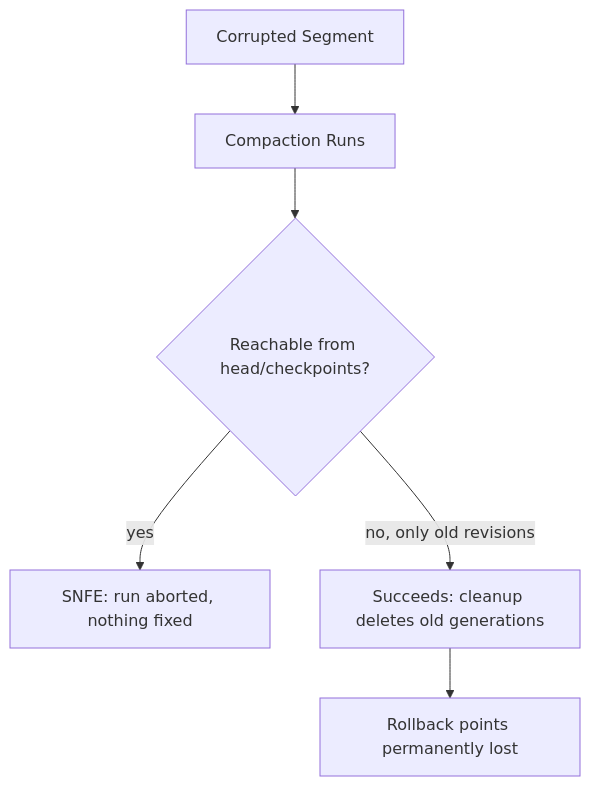
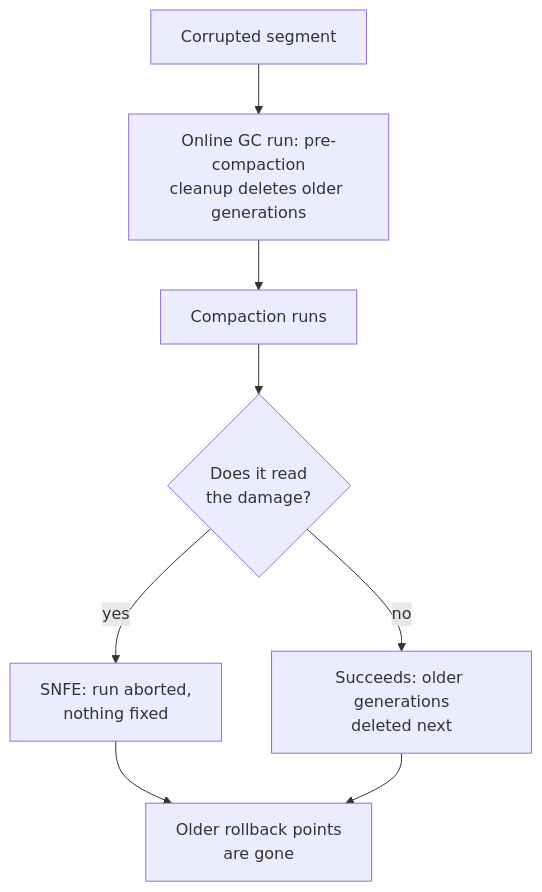
The diagram in docs/recovery/compaction.md (somarc/oak-magnum-oakus), drawn with Mermaid before and after one commit. The commit also changed other lines of this file and 7 other files, not shown here.

````diff
--- a/docs/recovery/compaction.md
+++ b/docs/recovery/compaction.md
@@ -162,8 +162,10 @@
 ```mermaid
 flowchart TD
-    A[Corrupted Segment] --> B[Compaction Runs]
-    B --> C{Reachable from head/checkpoints?}
-    C -->|yes| D[SNFE: run aborted, nothing fixed]
-    C -->|no, only old revisions| E[Succeeds: cleanup deletes old generations]
-    E --> F[Rollback points permanently lost]
+    A[Corrupted segment] --> P[Online GC run: pre-compaction<br/>cleanup deletes older generations]
+    P --> B[Compaction runs]
+    B --> C{Does it read<br/>the damage?}
+    C -->|yes| D[SNFE: run aborted,<br/>nothing fixed]
+    C -->|no| E[Succeeds: older generations<br/>deleted next]
+    D --> F[Older rollback points<br/>are gone]
+    E --> F
 ```
````
